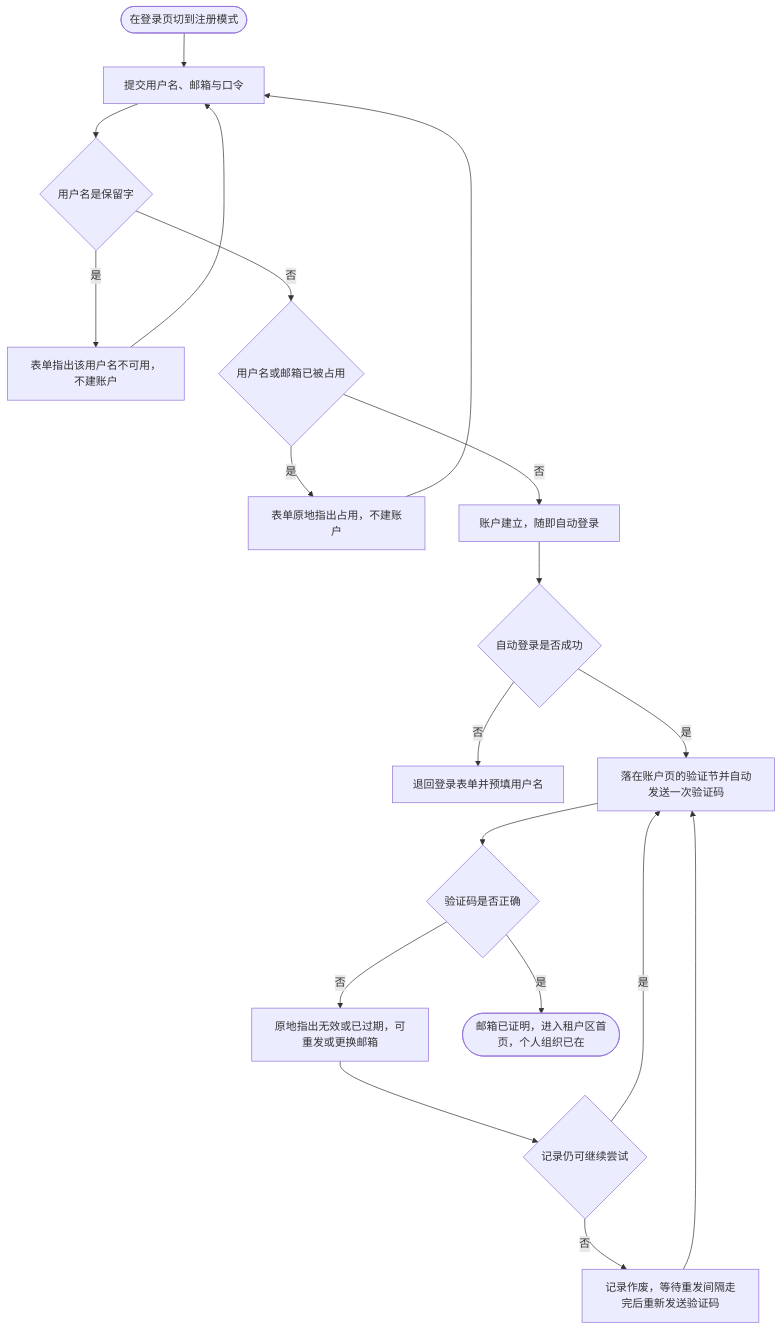
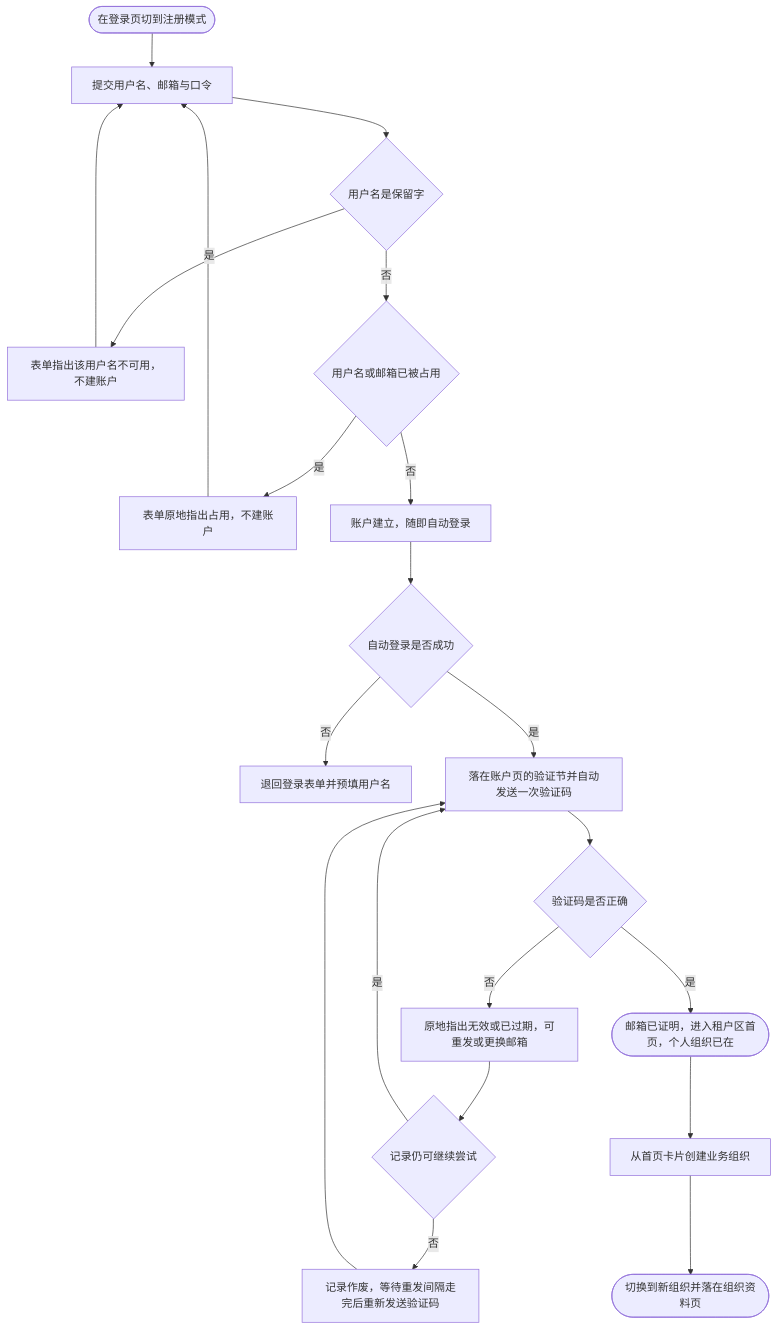
One commit to wangzw/speed changed the diagram in docs/prd/journeys/journey-first-registration-to-personal-organization.md. Above: the diagram before and after it, drawn with Mermaid. The commit also changed other lines of this file and 9 other files, not shown here.

````diff
--- a/docs/prd/journeys/journey-first-registration-to-personal-organization.md
+++ b/docs/prd/journeys/journey-first-registration-to-personal-organization.md
@@ -43,21 +46,23 @@
 ```mermaid
 flowchart TD
     start([在登录页切到注册模式]) --> submit[提交用户名、邮箱与口令]
     submit --> reservedWord{用户名是保留字}
     reservedWord -->|是| reservedReject[表单指出该用户名不可用，不建账户]
     reservedReject --> submit
     reservedWord -->|否| taken{用户名或邮箱已被占用}
     taken -->|是| conflict[表单原地指出占用，不建账户]
     conflict --> submit
     taken -->|否| account[账户建立，随即自动登录]
     account --> auto{自动登录是否成功}
     auto -->|否| back[退回登录表单并预填用户名]
     auto -->|是| verify[落在账户页的验证节并自动发送一次验证码]
     verify --> code{验证码是否正确}
     code -->|否| retry[原地指出无效或已过期，可重发或更换邮箱]
     retry --> attempts{记录仍可继续尝试}
     attempts -->|是| verify
     attempts -->|否| resend[记录作废，等待重发间隔走完后重新发送验证码]
     resend --> verify
     code -->|是| done([邮箱已证明，进入租户区首页，个人组织已在])
+    done --> create[从首页卡片创建业务组织]
+    create --> created([切换到新组织并落在组织资料页])
 ```
````
